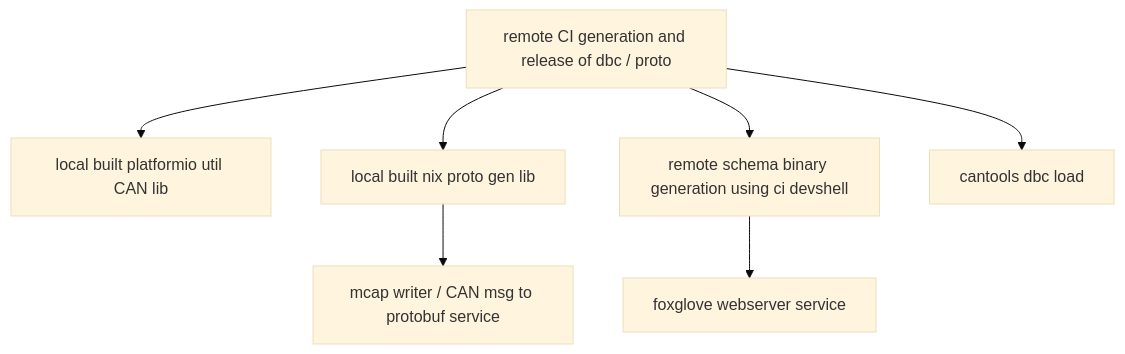
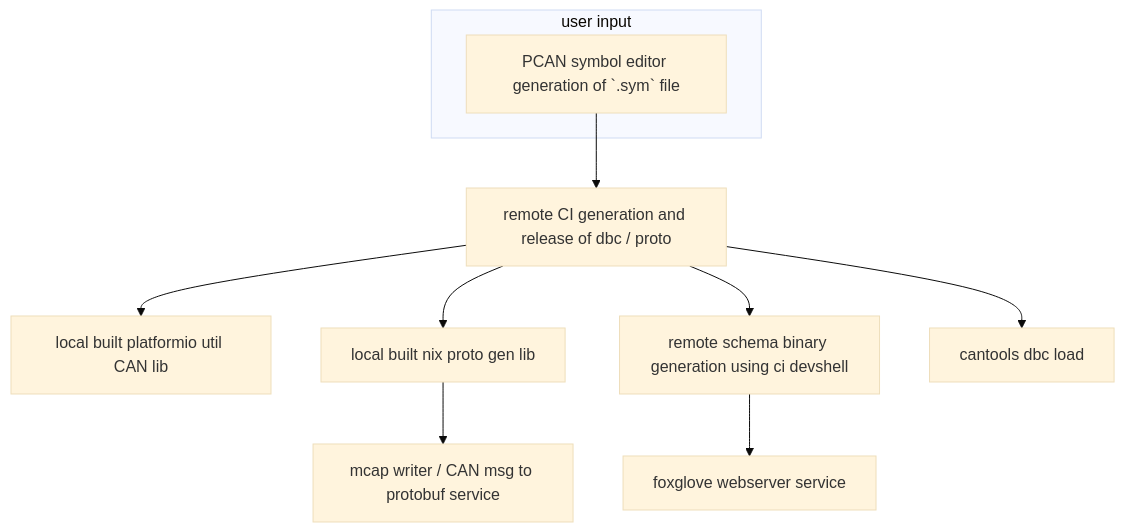
Before and after one commit to RCMast3r/data_acq: the first of 2 diagrams in README.md, drawn with Mermaid (base theme). The commit also changed other lines of this file and 6 other files, not shown here.

````diff
--- a/README.md
+++ b/README.md
@@ -28,11 +31,16 @@
 ```mermaid
 flowchart TD
+
+sym[PCAN symbol editor generation of `.sym` file] --> CI
+subgraph user input
+    sym
+end
 
 CI[remote CI generation and release of dbc / proto] --> pio[local built platformio util CAN lib]
 CI --> np[local built nix proto gen lib]
 CI --> bin[remote schema binary generation using ci devshell]
 bin --> fg[foxglove webserver service]
 np --> mc[mcap writer / CAN msg to protobuf service]
 CI --> cantools[cantools dbc load]
 
 ```
````
